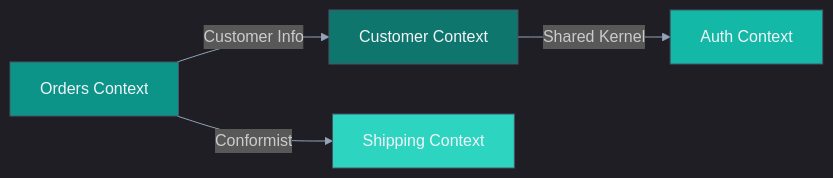
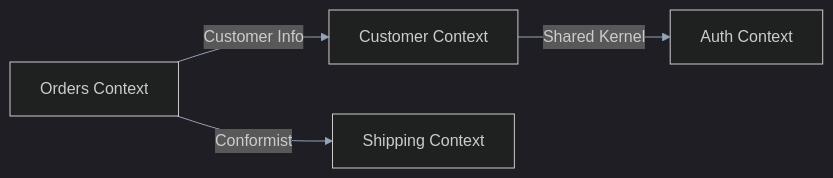
Before and after one commit to carlsendk/tech-leadership: the second of 2 diagrams in src/content/wiki/organization/organization-ddd.md, drawn with Mermaid. The commit also changed 10 other files, not shown here.

First line of the commit message:
Update global Mermaid theme to use app's teal color scheme

````diff
--- a/src/content/wiki/organization/organization-ddd.md
+++ b/src/content/wiki/organization/organization-ddd.md
@@ -37,24 +37,20 @@
 ```mermaid
 %%{
   init: {
     'theme': 'dark',
     'themeVariables': {
       'primaryColor': '#0d9488',
       'primaryTextColor': '#f1f5f9',
       'primaryBorderColor': '#475569',
       'lineColor': '#94a3b8',
       'secondaryColor': '#2dd4bf',
       'tertiaryColor': '#14b8a6'
     }
   }
 }%%
 graph LR
     A[Orders Context] -->|Customer Info| B[Customer Context]
     B -->|Shared Kernel| C[Auth Context]
     A -->|Conformist| D[Shipping Context]
     
-    style A fill:#0d9488,stroke:#475569,color:#f1f5f9
-    style B fill:#0f766e,stroke:#475569,color:#f1f5f9
-    style C fill:#14b8a6,stroke:#475569,color:#f1f5f9
-    style D fill:#2dd4bf,stroke:#475569,color:#f1f5f9
 ```
````
